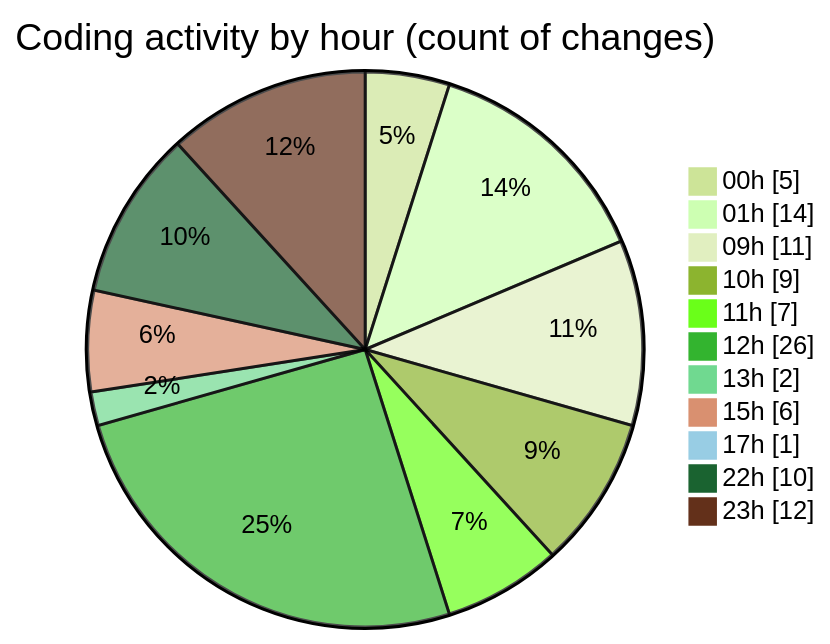
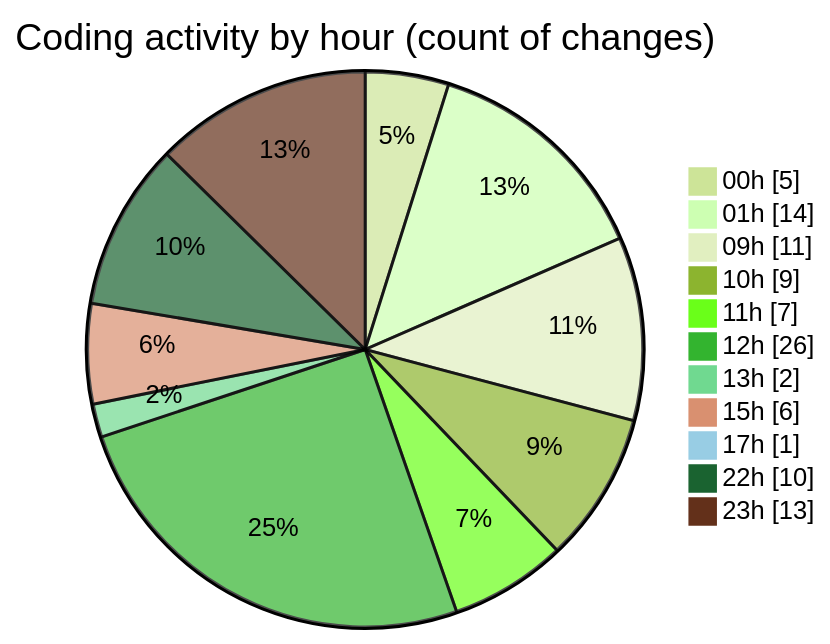
One commit to julien-gomy/code-tracking changed the second of 2 diagrams in 2025-11-26/eventscop-frontend-guide__workspace_/README.md. Above: the diagram before and after it, drawn with Mermaid (forest theme). The commit also changed other lines of this file and 1 other file, not shown here.

````diff
--- a/2025-11-26/eventscop-frontend-guide__workspace_/README.md
+++ b/2025-11-26/eventscop-frontend-guide__workspace_/README.md
@@ -51,15 +52,15 @@
 ```mermaid
 pie showData
 title Coding activity by hour (count of changes)
 "00h" : 5
 "01h" : 14
 "09h" : 11
 "10h" : 9
 "11h" : 7
 "12h" : 26
 "13h" : 2
 "15h" : 6
 "17h" : 1
 "22h" : 10
-"23h" : 12
+"23h" : 13
 ```
````
